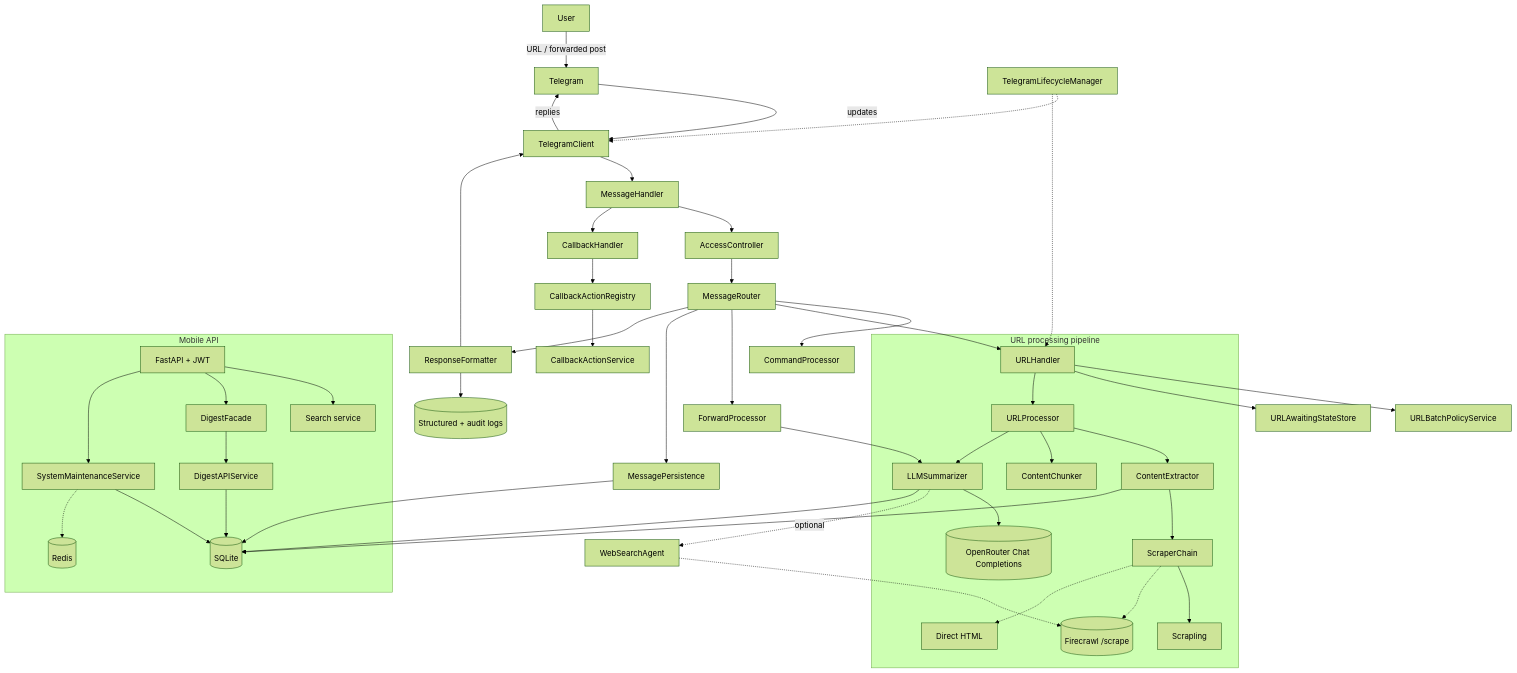
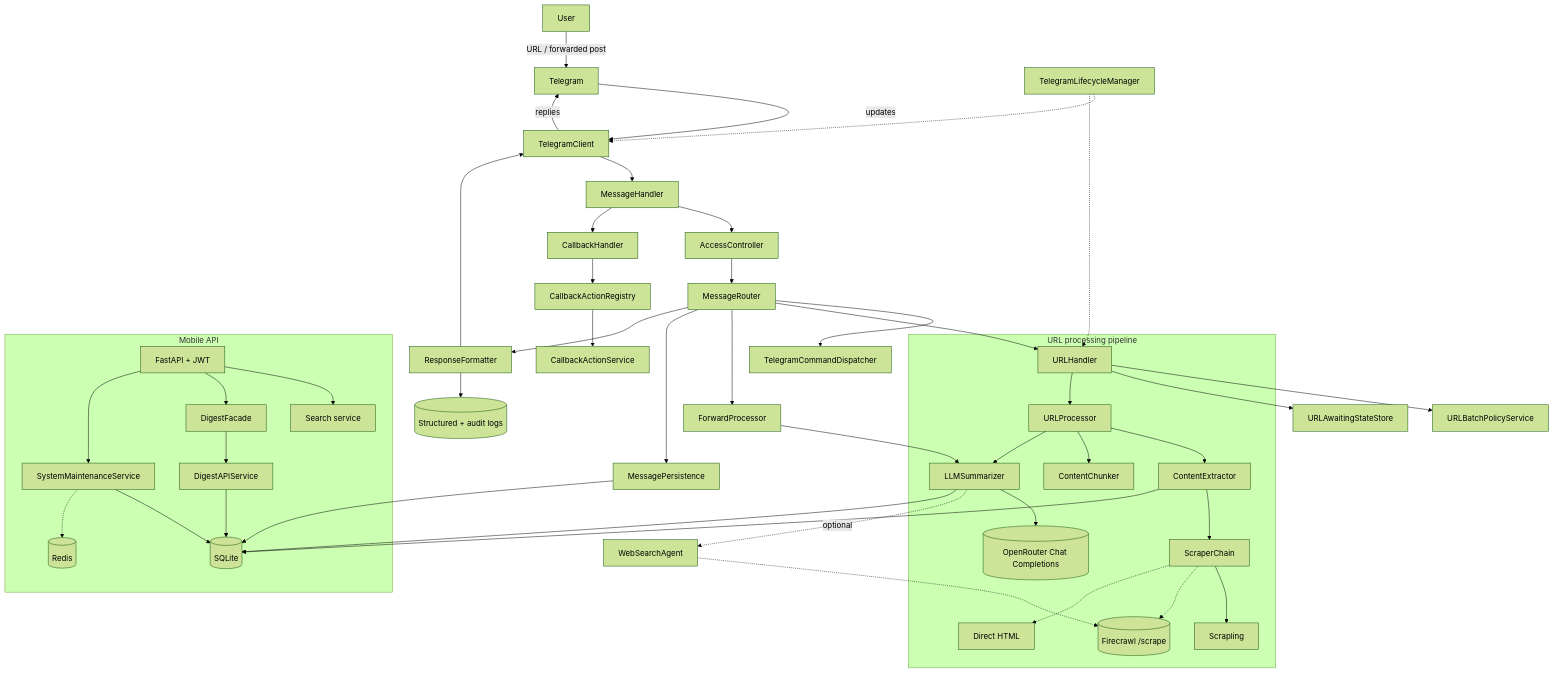
Before and after one commit to po4yka/bite-size-reader: the first of 5 diagrams in docs/SPEC.md, drawn with Mermaid (forest theme). The commit also changed 4 other files, not shown here.

First line of the commit message:
docs: refresh stack/architecture refs after legacy cleanup

````diff
--- a/docs/SPEC.md
+++ b/docs/SPEC.md
@@ -132,52 +132,52 @@
 ```mermaid
 flowchart TD
   U[User] -->| URL / forwarded post | TG[Telegram]
   TG -->| updates | TGClient[TelegramClient]
   TGClient --> MsgHandler[MessageHandler]
   MsgHandler --> AccessController
   MsgHandler --> CallbackHandler
   CallbackHandler --> CallbackRegistry[CallbackActionRegistry]
   CallbackRegistry --> CallbackActions[CallbackActionService]
   AccessController --> MessageRouter
-  MessageRouter --> CommandProcessor
+  MessageRouter --> TelegramCommandDispatcher
   MessageRouter --> URLHandler
   URLHandler --> URLBatchPolicy[URLBatchPolicyService]
   URLHandler --> URLAwaitingState[URLAwaitingStateStore]
   MessageRouter --> ForwardProcessor
   MessageRouter --> MessagePersistence
   LifecycleMgr[TelegramLifecycleManager] -.-> TGClient
   LifecycleMgr -.-> URLHandler
   MessagePersistence --> DB[(SQLite)]
 
   subgraph URL_Pipeline [URL processing pipeline]
     URLHandler --> URLProcessor
     URLProcessor --> ContentExtractor
     ContentExtractor --> ScraperChain[ScraperChain]
     ScraperChain --> Scrapling[Scrapling]
     ScraperChain -.-> Firecrawl[(Firecrawl /scrape)]
     ScraperChain -.-> DirectHTML[Direct HTML]
     URLProcessor --> ContentChunker
     URLProcessor --> LLMSummarizer
     LLMSummarizer --> OpenRouter[(OpenRouter Chat Completions)]
   end
 
   ForwardProcessor --> LLMSummarizer
   LLMSummarizer -.->| optional | WebSearch[WebSearchAgent]
   WebSearch -.-> Firecrawl
   ContentExtractor --> DB
   LLMSummarizer --> DB
   MessageRouter --> ResponseFormatter
   ResponseFormatter --> TGClient
   ResponseFormatter --> Logs[(Structured + audit logs)]
   TGClient -->| replies | TG
 
   subgraph Mobile_API [Mobile API]
     FastAPI[FastAPI + JWT] --> SearchService[Search service]
     FastAPI --> DigestFacade
     DigestFacade --> DigestAPIService
     FastAPI --> SystemMaint[SystemMaintenanceService]
     DigestAPIService --> DB
     SystemMaint --> DB
     SystemMaint -.-> Redis[(Redis)]
   end
 ```
````
